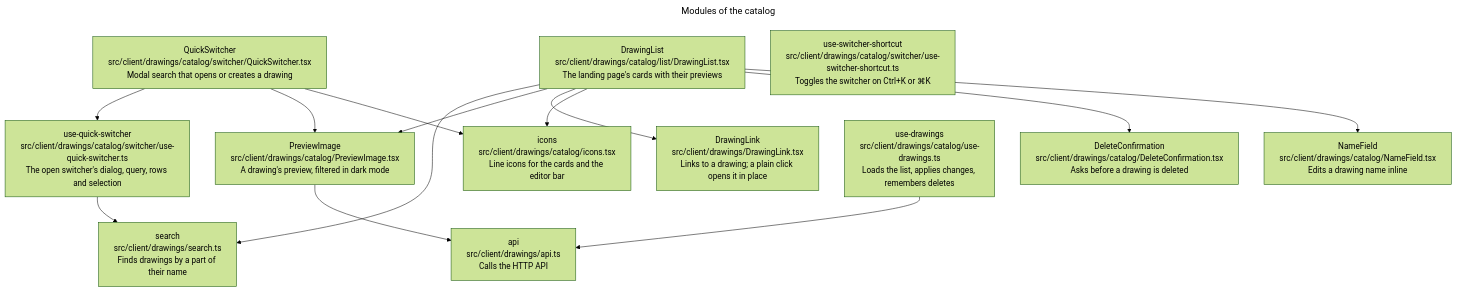
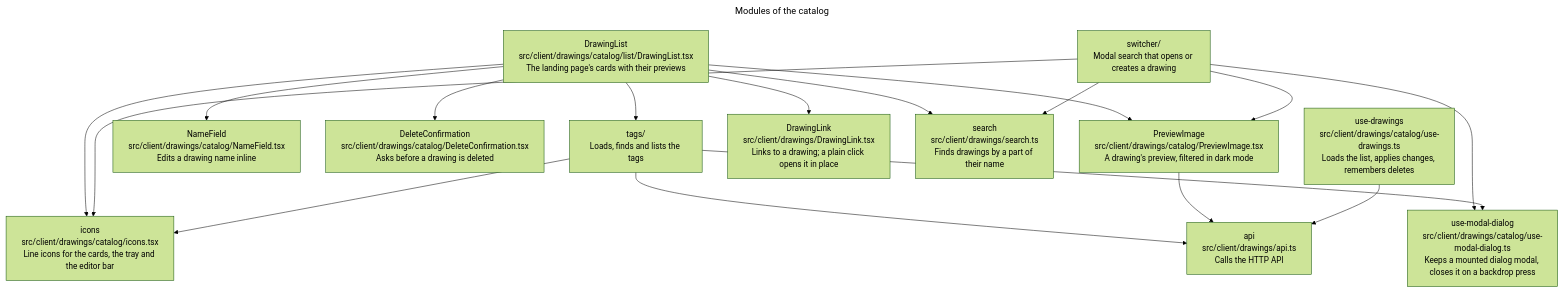
Before and after one commit to remshams/excalidraw-dashboard: the seventh of 11 diagrams in docs/architecture/architecture.md, drawn with Mermaid (forest theme). The commit also changed other lines of this file and 3 other files, not shown here.

Commit message:
docs(Architecture): describe the Tags tray and record the dialog decision

````diff
--- a/docs/architecture/architecture.md
+++ b/docs/architecture/architecture.md
@@ -214,23 +214,23 @@
 ```mermaid
 ---
 title: Modules of the catalog
 ---
 flowchart TD
     list["DrawingList<br>src/client/drawings/catalog/list/DrawingList.tsx<br>The landing page's cards with their previews"]:::module
-    switcher["QuickSwitcher<br>src/client/drawings/catalog/switcher/QuickSwitcher.tsx<br>Modal search that opens or creates a drawing"]:::module
-    switcherState["use-quick-switcher<br>src/client/drawings/catalog/switcher/use-quick-switcher.ts<br>The open switcher's dialog, query, rows and selection"]:::module
-    shortcut["use-switcher-shortcut<br>src/client/drawings/catalog/switcher/use-switcher-shortcut.ts<br>Toggles the switcher on Ctrl+K or ⌘K"]:::module
+    switcher["switcher/<br>Modal search that opens or creates a drawing"]:::group
+    tags["tags/<br>Loads, finds and lists the tags"]:::group
     previewImage["PreviewImage<br>src/client/drawings/catalog/PreviewImage.tsx<br>A drawing's preview, filtered in dark mode"]:::module
     name["NameField<br>src/client/drawings/catalog/NameField.tsx<br>Edits a drawing name inline"]:::module
     confirm["DeleteConfirmation<br>src/client/drawings/catalog/DeleteConfirmation.tsx<br>Asks before a drawing is deleted"]:::module
-    icons["icons<br>src/client/drawings/catalog/icons.tsx<br>Line icons for the cards and the editor bar"]:::module
+    icons["icons<br>src/client/drawings/catalog/icons.tsx<br>Line icons for the cards, the tray and the editor bar"]:::module
     drawings["use-drawings<br>src/client/drawings/catalog/use-drawings.ts<br>Loads the list, applies changes, remembers deletes"]:::module
+    modal["use-modal-dialog<br>src/client/drawings/catalog/use-modal-dialog.ts<br>Keeps a mounted dialog modal, closes it on a backdrop press"]:::module
     link["DrawingLink<br>src/client/drawings/DrawingLink.tsx<br>Links to a drawing; a plain click opens it in place"]:::module
     api["api<br>src/client/drawings/api.ts<br>Calls the HTTP API"]:::module
     search["search<br>src/client/drawings/search.ts<br>Finds drawings by a part of their name"]:::module
-    list --> name & confirm & icons & link & previewImage & search
-    switcher --> icons & previewImage & switcherState
-    switcherState --> search
+    list --> name & confirm & icons & link & previewImage & search & tags
+    switcher --> icons & modal & previewImage & search
+    tags --> icons & modal & api
     previewImage --> api
     drawings --> api
 ```
````
